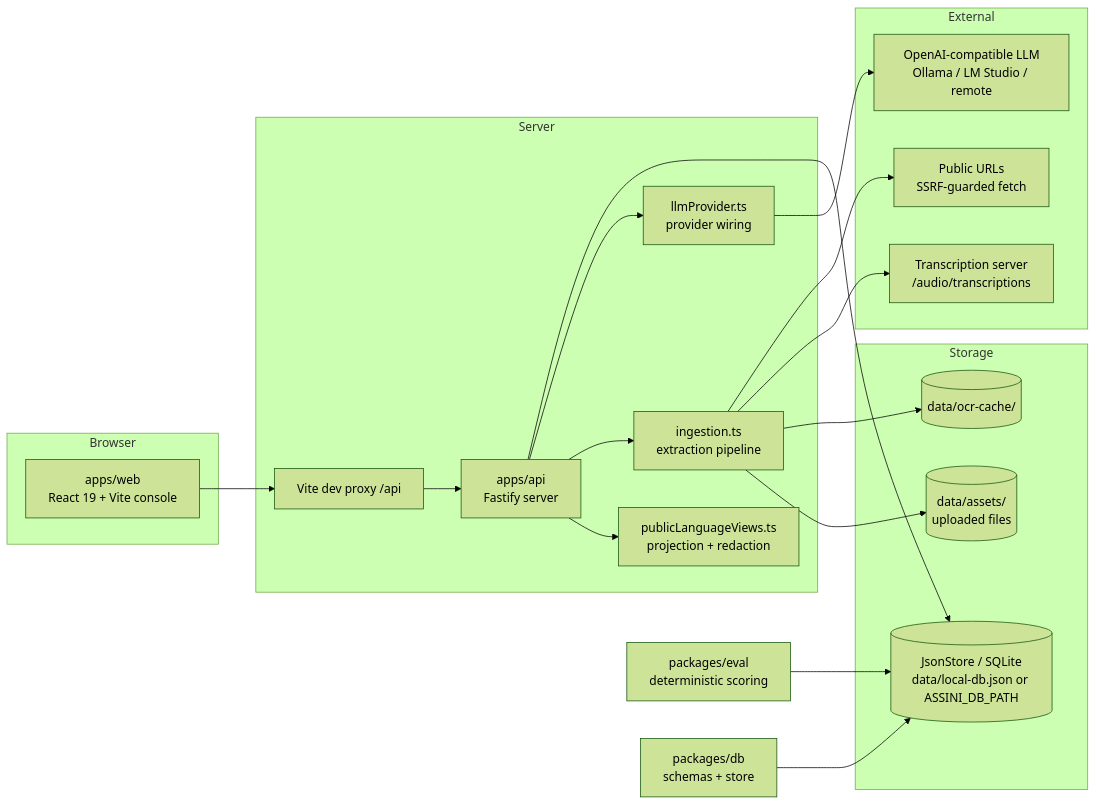
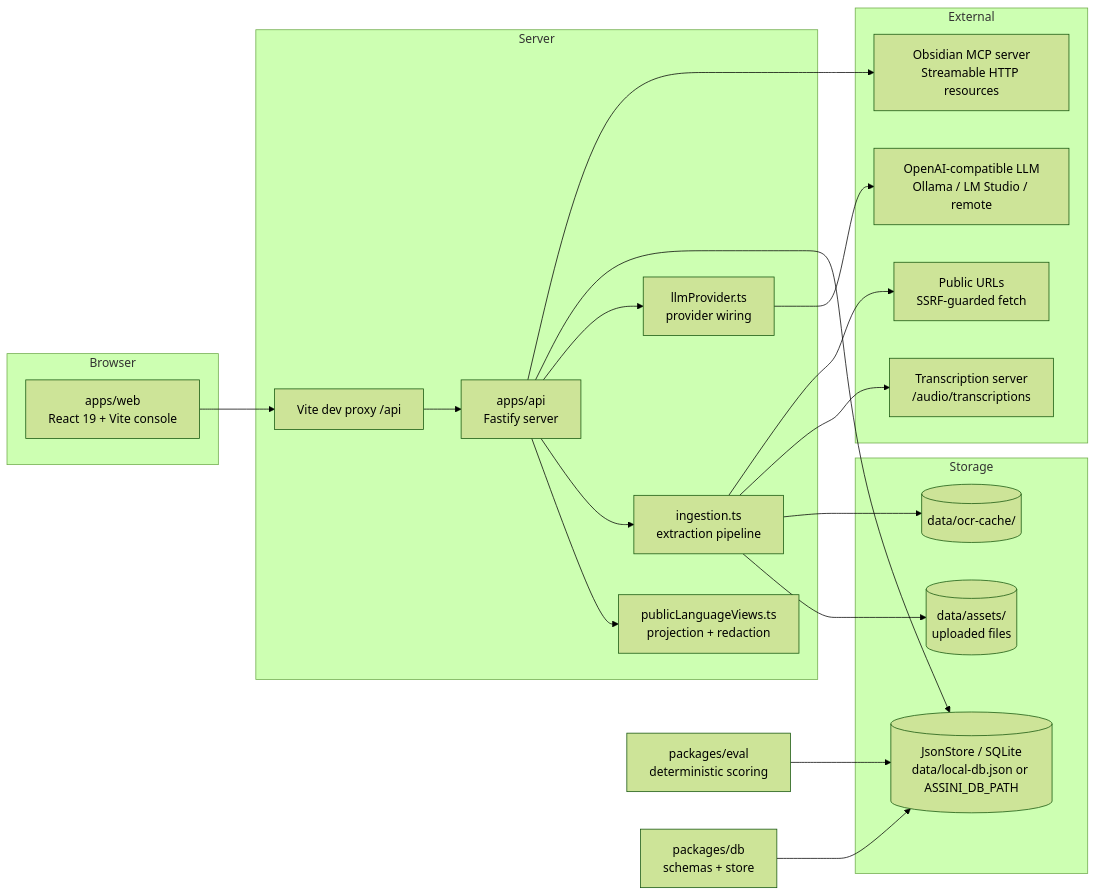
The first of 2 diagrams in docs/architecture.md (defnotean/AssiniLang), drawn with Mermaid (forest theme) before and after one commit. The commit also changed other lines of this file and 75 other files, not shown here.

````diff
--- a/docs/architecture.md
+++ b/docs/architecture.md
@@ -7,31 +7,33 @@
 ```mermaid
 flowchart LR
     subgraph Browser
         W[apps/web<br>React 19 + Vite console]
     end
     subgraph Server
         P[Vite dev proxy /api] --> A[apps/api<br>Fastify server]
         A --> V[publicLanguageViews.ts<br>projection + redaction]
         A --> I[ingestion.ts<br>extraction pipeline]
         A --> L[llmProvider.ts<br>provider wiring]
     end
     subgraph Storage
         S[(JsonStore / SQLite<br>data/local-db.json or ASSINI_DB_PATH)]
         F[(data/assets/<br>uploaded files)]
         O[(data/ocr-cache/)]
     end
     subgraph External
         M[OpenAI-compatible LLM<br>Ollama / LM Studio / remote]
         T[Transcription server<br>/audio/transcriptions]
+        OX[Obsidian MCP server<br>Streamable HTTP resources]
         U[Public URLs<br>SSRF-guarded fetch]
     end
     W --> P
     A --> S
     I --> F
     I --> O
     L --> M
     I --> T
+    A --> OX
     I --> U
     E[packages/eval<br>deterministic scoring] --> S
     D[packages/db<br>schemas + store] --> S
 ```
````
